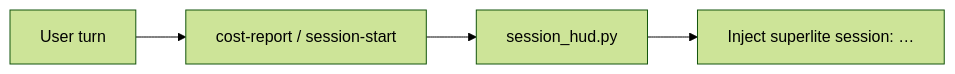
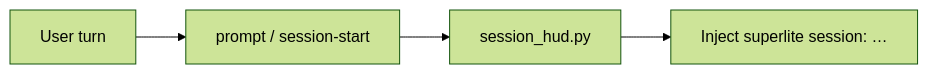
The third of 3 diagrams in docs/sessions.md (iha2/superlite), drawn with Mermaid (forest theme) before and after one commit. The commit also changed other lines of this file and 243 other files, not shown here.

````diff
--- a/docs/sessions.md
+++ b/docs/sessions.md
@@ -117,6 +116,6 @@
 ```mermaid
 flowchart LR
-  turn[User turn] --> hook[cost-report / session-start]
+  turn[User turn] --> hook[prompt / session-start]
   hook --> hud[session_hud.py]
   hud --> line["Inject superlite session: …"]
 ```
````
